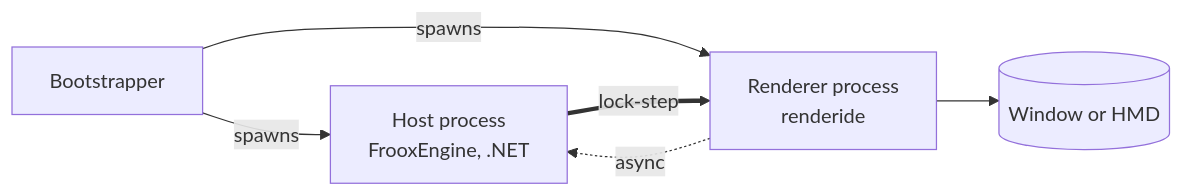
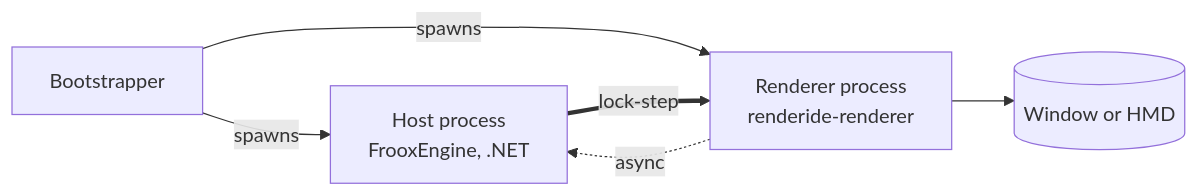
The first of 10 diagrams in CONTRIBUTING.md (DoubleStyx/Renderide), drawn with Mermaid before and after one commit. The commit also changed other lines of this file, not shown here.

Commit message:
Update contributor guide for current renderer layout

````diff
--- a/CONTRIBUTING.md
+++ b/CONTRIBUTING.md
@@ -91,8 +92,8 @@
 ```mermaid
 flowchart LR
     BS[Bootstrapper] -- spawns --> Host[Host process<br/>FrooxEngine, .NET]
-    BS -- spawns --> R[Renderer process<br/>renderide]
+    BS -- spawns --> R[Renderer process<br/>renderide-renderer]
     Host == lock-step ==> R
     R -. async .-> Host
     R --> Display[(Window or HMD)]
 ```
````
